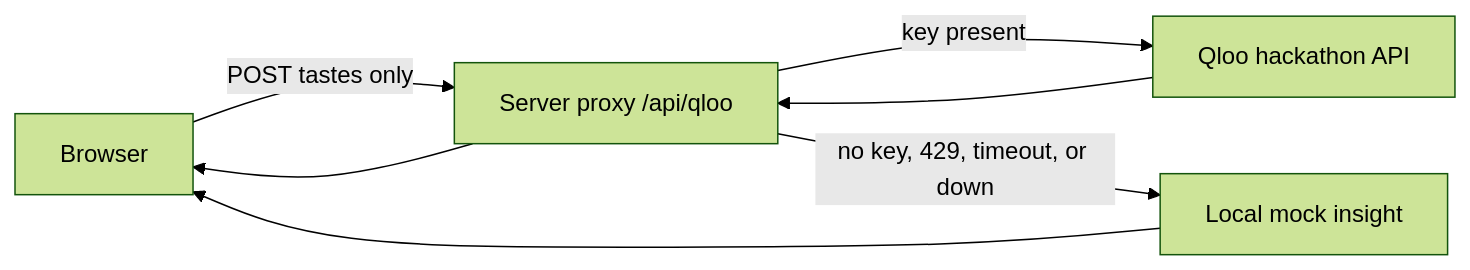
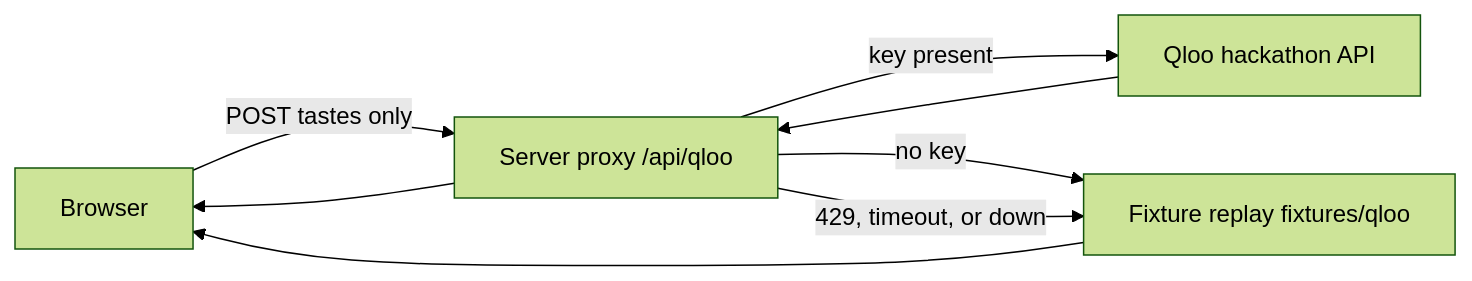
One commit to xinyurun215/tastetrip-agent changed the diagram in README.md. Above: the diagram before and after it, drawn with Mermaid (forest theme). The commit also changed other lines of this file and 17 other files, not shown here.

First line of the commit message:
Drive the route from Qloo search and insights replay

````diff
--- a/README.md
+++ b/README.md
@@ -44,13 +44,14 @@
 ```mermaid
 flowchart LR
   browser[Browser]
   proxy["Server proxy /api/qloo"]
   qloo[Qloo hackathon API]
-  fallback[Local mock insight]
+  replay["Fixture replay fixtures/qloo"]
   browser -->|"POST tastes only"| proxy
   proxy -->|"key present"| qloo
-  proxy -->|"no key, 429, timeout, or down"| fallback
+  proxy -->|"no key"| replay
+  proxy -->|"429, timeout, or down"| replay
   qloo --> proxy
-  fallback --> browser
+  replay --> browser
   proxy --> browser
 ```
````
